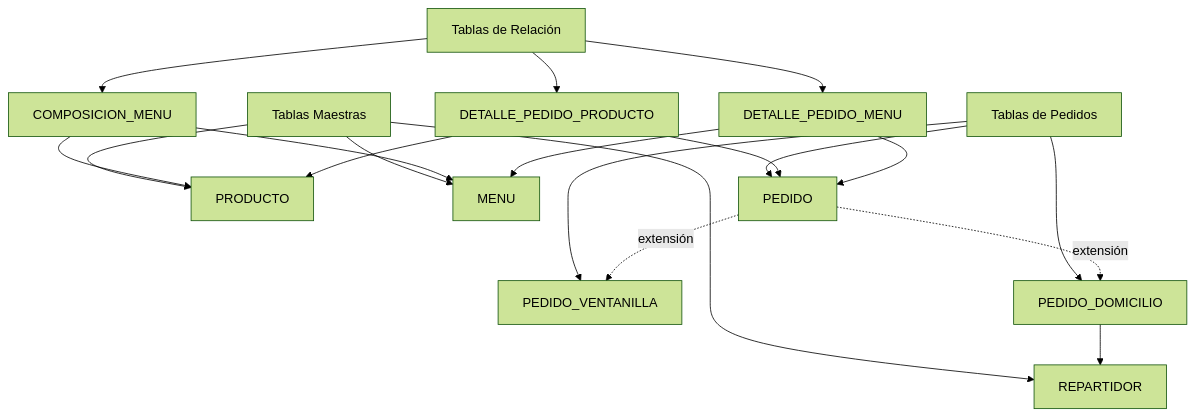
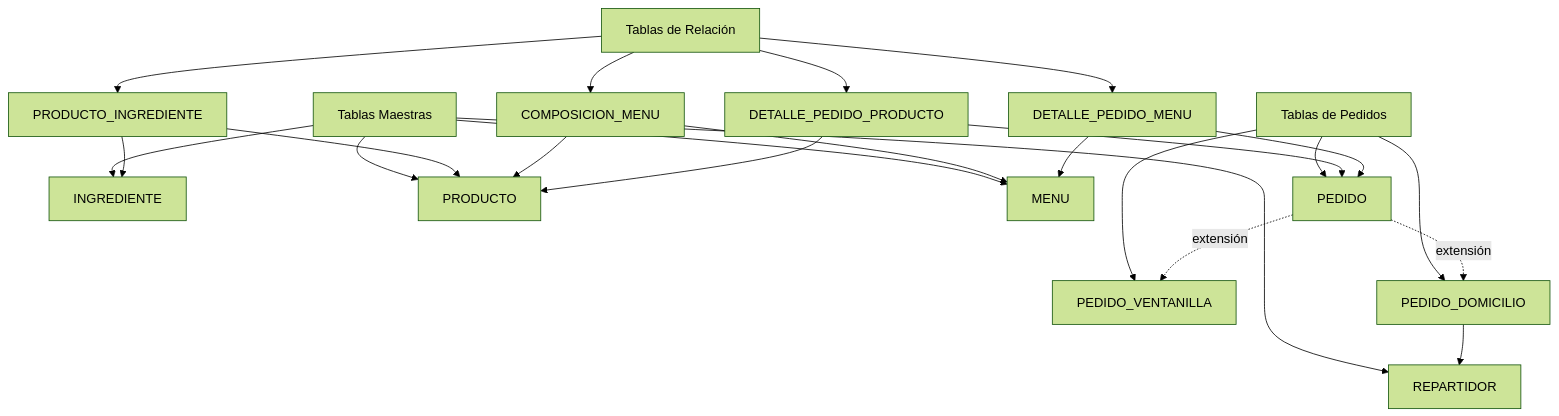
Before and after one commit to AGarciaRipalda/proyecto-mc-ilerna: the first of 3 diagrams in docs/diseno-logico.md, drawn with Mermaid (forest theme). The commit also changed other lines of this file and 10 other files, not shown here.

````diff
--- a/docs/diseno-logico.md
+++ b/docs/diseno-logico.md
@@ -13,24 +13,28 @@
 ```mermaid
 graph TD
     A[Tablas Maestras] --> B[REPARTIDOR]
-    A --> C[PRODUCTO]
-    A --> D[MENU]
+    A --> C[INGREDIENTE]
+    A --> D[PRODUCTO]
+    A --> E[MENU]
     
-    E[Tablas de Pedidos] --> F[PEDIDO]
-    E --> G[PEDIDO_VENTANILLA]
-    E --> H[PEDIDO_DOMICILIO]
+    F[Tablas de Pedidos] --> G[PEDIDO]
+    F --> H[PEDIDO_VENTANILLA]
+    F --> I[PEDIDO_DOMICILIO]
     
-    I[Tablas de Relación] --> J[COMPOSICION_MENU]
-    I --> K[DETALLE_PEDIDO_PRODUCTO]
-    I --> L[DETALLE_PEDIDO_MENU]
+    J[Tablas de Relación] --> K[PRODUCTO_INGREDIENTE]
+    J --> L[COMPOSICION_MENU]
+    J --> M[DETALLE_PEDIDO_PRODUCTO]
+    J --> N[DETALLE_PEDIDO_MENU]
     
-    F -.extensión.-> G
-    F -.extensión.-> H
-    H --> B
-    J --> D
-    J --> C
-    K --> F
+    G -.extensión.-> H
+    G -.extensión.-> I
+    I --> B
+    K --> D
     K --> C
-    L --> F
+    L --> E
     L --> D
+    M --> G
+    M --> D
+    N --> G
+    N --> E
 ```
````
